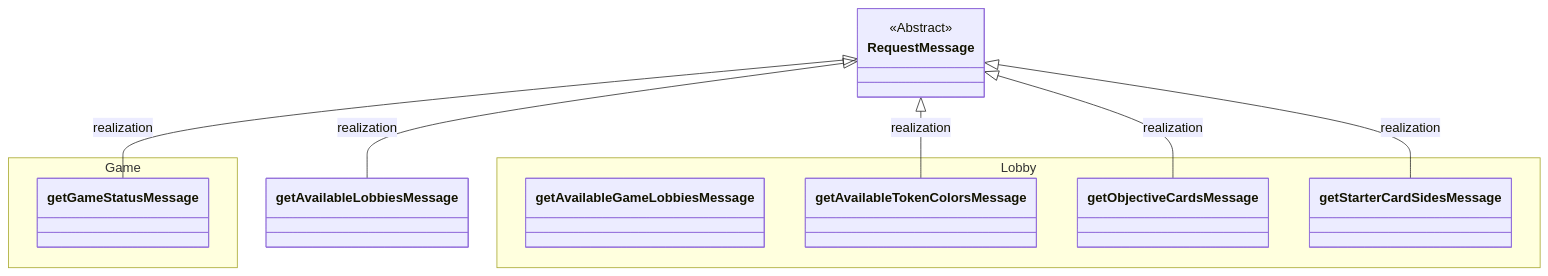
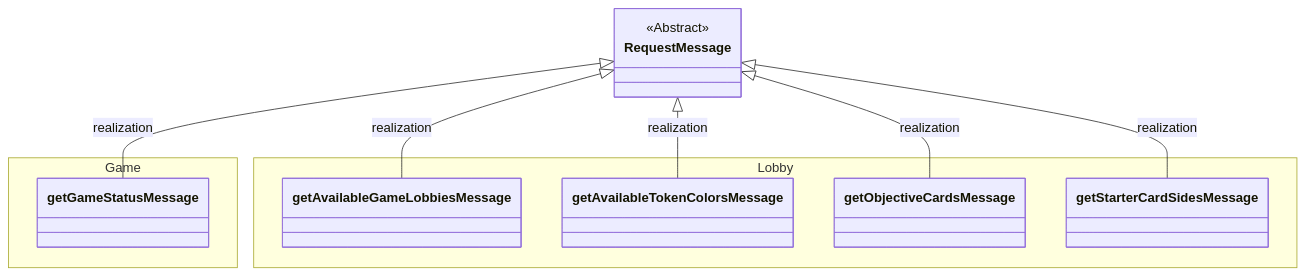
Before and after one commit to frephs/IS24-AM21: the second of 6 diagrams in documentation_wip/messages.md, drawn with Mermaid.

Commit message:
fix duplicate

````diff
--- a/documentation_wip/messages.md
+++ b/documentation_wip/messages.md
@@ -76,43 +76,43 @@
 ```mermaid
 classDiagram
     class RequestMessage {
         <<Abstract>> 
     }
 
     namespace Game{
         class getGameStatusMessage{
 
         }
     }
     
     namespace Lobby {
 
         class getAvailableGameLobbiesMessage {
             
         }
         class getAvailableTokenColorsMessage {
         
         }
 
         class getObjectiveCardsMessage {
 
         }
 
         class getStarterCardSidesMessage{
 
         }
 
     } 
 
-    RequestMessage <|-- getAvailableLobbiesMessage : realization
+    RequestMessage <|-- getAvailableGameLobbiesMessage : realization
         RequestMessage <|-- getAvailableTokenColorsMessage : realization
         RequestMessage <|-- getObjectiveCardsMessage : realization
         RequestMessage <|-- getStarterCardSidesMessage : realization
 
     
     %% game
     RequestMessage <|-- getGameStatusMessage : realization
 
 
 
 ```
````
